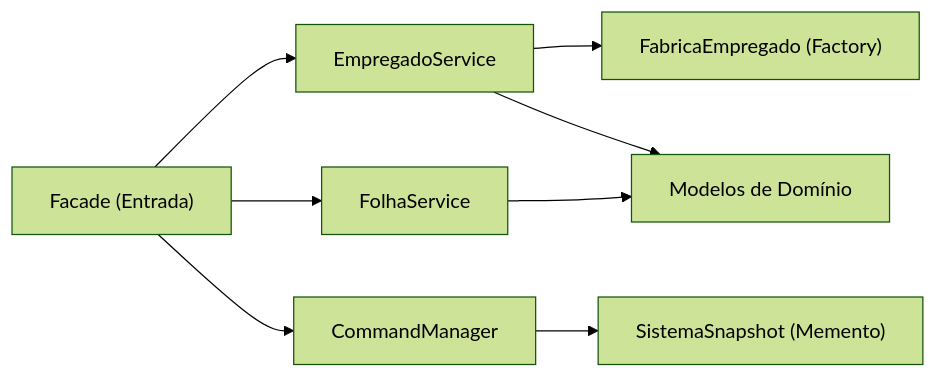
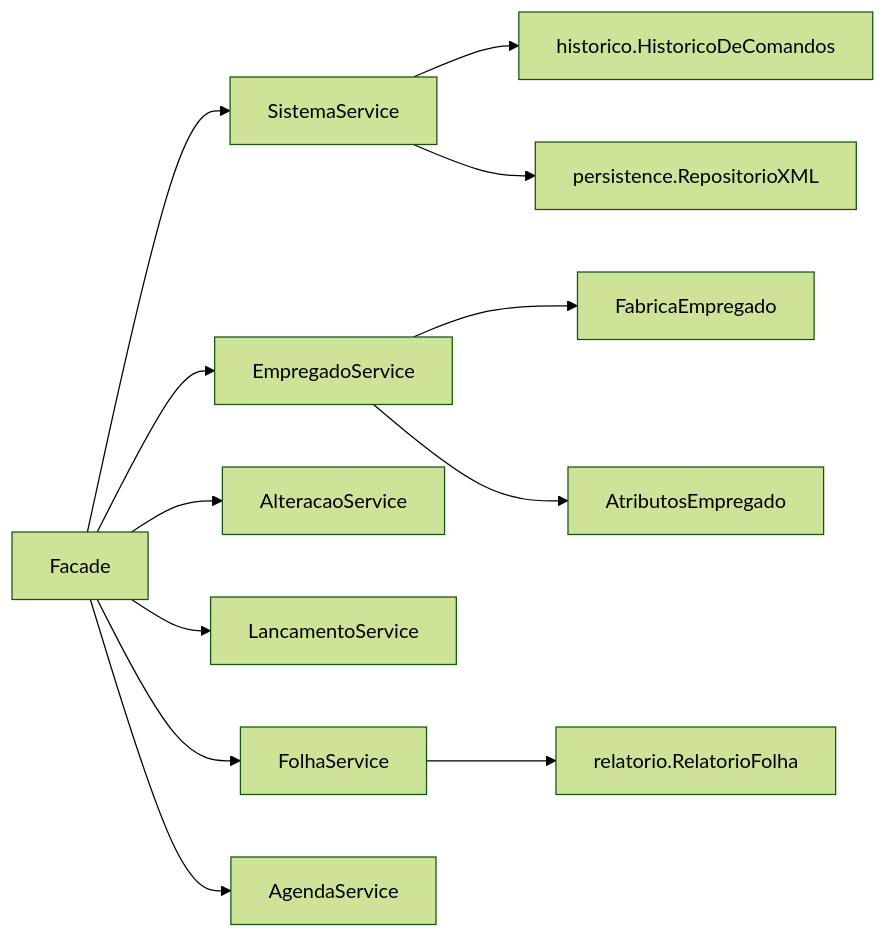
Before and after one commit to nanameetscode/WePayU-p2: the diagram in WePayU/src/br/ufal/ic/p2/wepayu/services/README.md, drawn with Mermaid (forest theme). The commit also changed other lines of this file and 158 other files, not shown here.

````diff
--- a/WePayU/src/br/ufal/ic/p2/wepayu/services/README.md
+++ b/WePayU/src/br/ufal/ic/p2/wepayu/services/README.md
@@ -11,11 +7,15 @@
 ```mermaid
 flowchart LR
-    Facade["Facade (Entrada)"] --> EmpServ["EmpregadoService"]
-    Facade --> FolhaServ["FolhaService"]
-    Facade --> CmdMgr["CommandManager"]
+    Facade --> Sis["SistemaService"]
+    Facade --> Emp["EmpregadoService"]
+    Facade --> Alt["AlteracaoService"]
+    Facade --> Lan["LancamentoService"]
+    Facade --> Fol["FolhaService"]
+    Facade --> Age["AgendaService"]
 
-    EmpServ --> Fabrica["FabricaEmpregado (Factory)"]
-    EmpServ --> Models["Modelos de Domínio"]
-    FolhaServ --> Models
-    CmdMgr --> Snapshots["SistemaSnapshot (Memento)"]
+    Emp --> Fab["FabricaEmpregado"]
+    Emp --> Atr["AtributosEmpregado"]
+    Sis --> Hist["historico.HistoricoDeComandos"]
+    Sis --> Repo["persistence.RepositorioXML"]
+    Fol --> Rel["relatorio.RelatorioFolha"]
 ```
````
